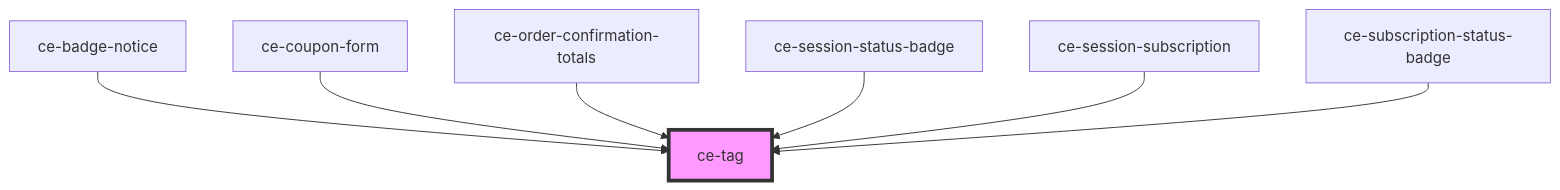
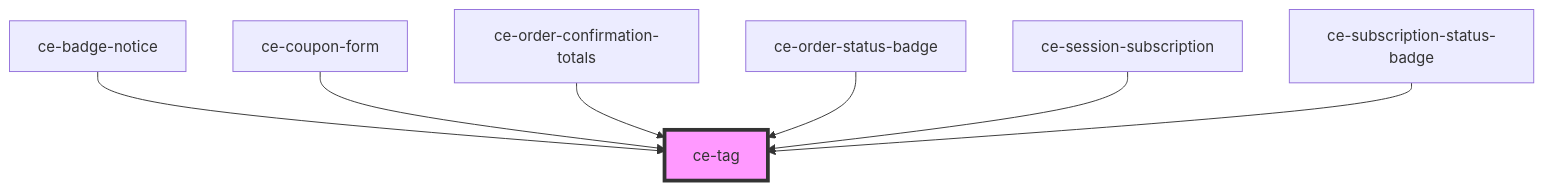
Before and after one commit to surecart/surecart-wp-plugin: the diagram in packages/components/src/components/ui/tag/readme.md, drawn with Mermaid. The commit also changed other lines of this file and 47 other files, not shown here.

````diff
--- a/packages/components/src/components/ui/tag/readme.md
+++ b/packages/components/src/components/ui/tag/readme.md
@@ -45,10 +45,10 @@
 ```mermaid
 graph TD;
   ce-badge-notice --> ce-tag
   ce-coupon-form --> ce-tag
   ce-order-confirmation-totals --> ce-tag
-  ce-session-status-badge --> ce-tag
+  ce-order-status-badge --> ce-tag
   ce-session-subscription --> ce-tag
   ce-subscription-status-badge --> ce-tag
   style ce-tag fill:#f9f,stroke:#333,stroke-width:4px
 ```
````
